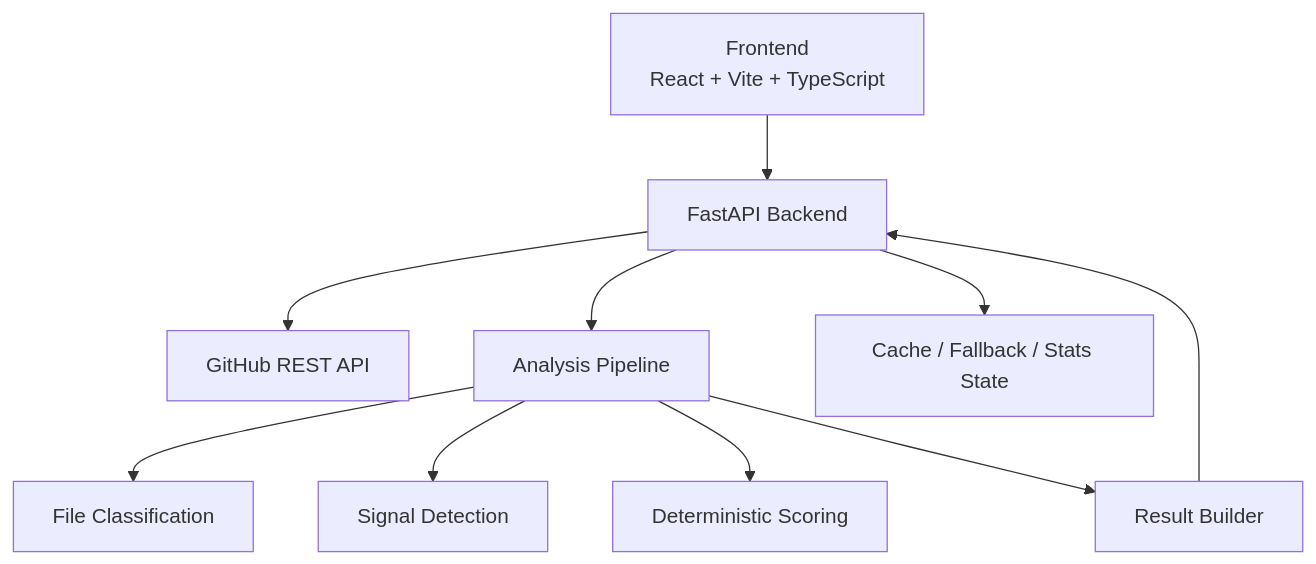
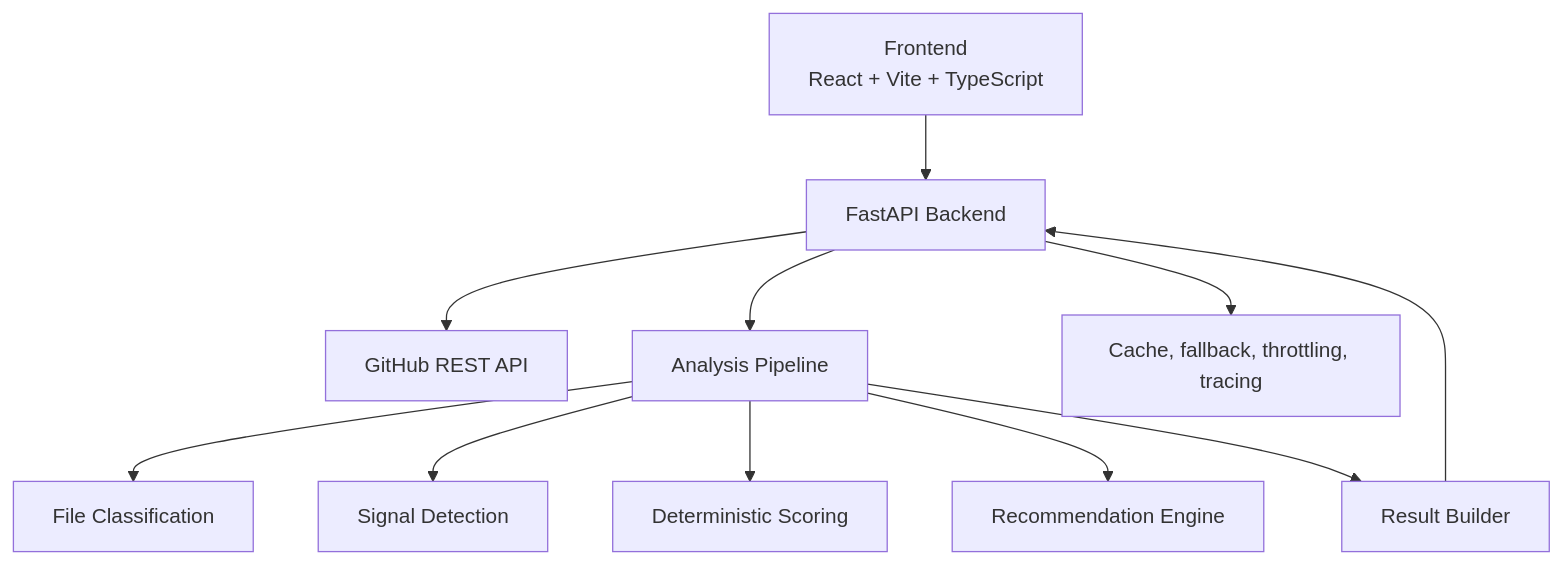
The second of 3 diagrams in README.md (shalvirajpura2/reviewer), drawn with Mermaid before and after one commit. The commit also changed other lines of this file and 1 other file, not shown here.

````diff
--- a/README.md
+++ b/README.md
@@ -119,13 +101,14 @@
 ```mermaid
 flowchart TD
   UI["Frontend
   React + Vite + TypeScript"] --> API["FastAPI Backend"]
   API --> GH["GitHub REST API"]
   API --> PIPE["Analysis Pipeline"]
   PIPE --> CLASS["File Classification"]
   PIPE --> SIGNAL["Signal Detection"]
   PIPE --> SCORE["Deterministic Scoring"]
+  PIPE --> RECO["Recommendation Engine"]
   PIPE --> RESULT["Result Builder"]
   RESULT --> API
-  API --> CACHE["Cache / Fallback / Stats State"]
+  API --> CACHE["Cache, fallback, throttling, tracing"]
 ```
````
